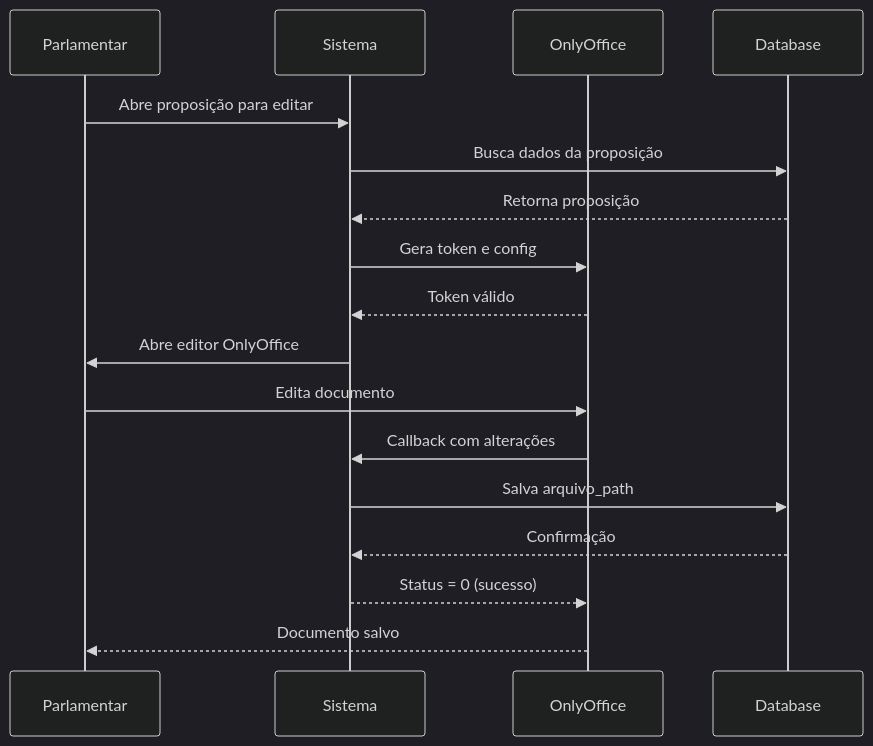
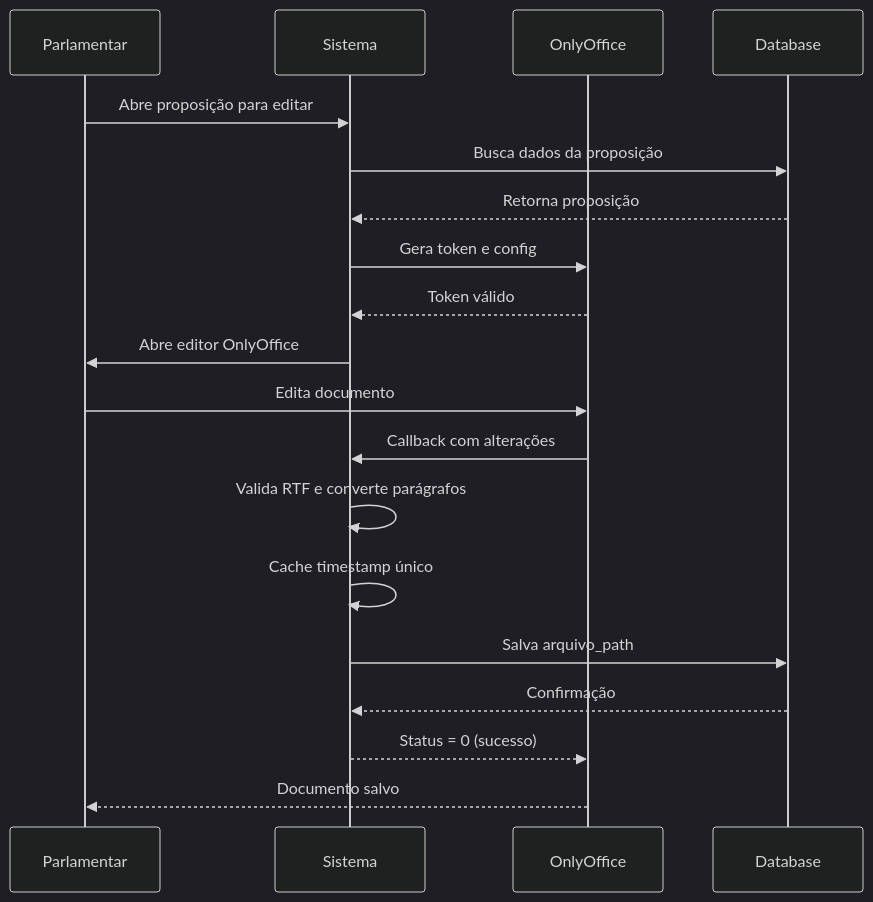
The eighth of 9 diagrams in docs/FLUXO-PROPOSICOES-MERMAID.md (rangelbruno/legisinc-v3), drawn with Mermaid (dark theme) before and after one commit. The commit also changed other lines of this file and 26 other files, not shown here.

````diff
--- a/docs/FLUXO-PROPOSICOES-MERMAID.md
+++ b/docs/FLUXO-PROPOSICOES-MERMAID.md
@@ -340,20 +347,22 @@
 ```mermaid
 sequenceDiagram
     participant P as Parlamentar
     participant S as Sistema
     participant O as OnlyOffice
     participant DB as Database
     
     P->>S: Abre proposição para editar
     S->>DB: Busca dados da proposição
     DB-->>S: Retorna proposição
     S->>O: Gera token e config
     O-->>S: Token válido
     S->>P: Abre editor OnlyOffice
     P->>O: Edita documento
     O->>S: Callback com alterações
+    S->>S: Valida RTF e converte parágrafos
+    S->>S: Cache timestamp único
     S->>DB: Salva arquivo_path
     DB-->>S: Confirmação
     S-->>O: Status = 0 (sucesso)
     O-->>P: Documento salvo
 ```
````
